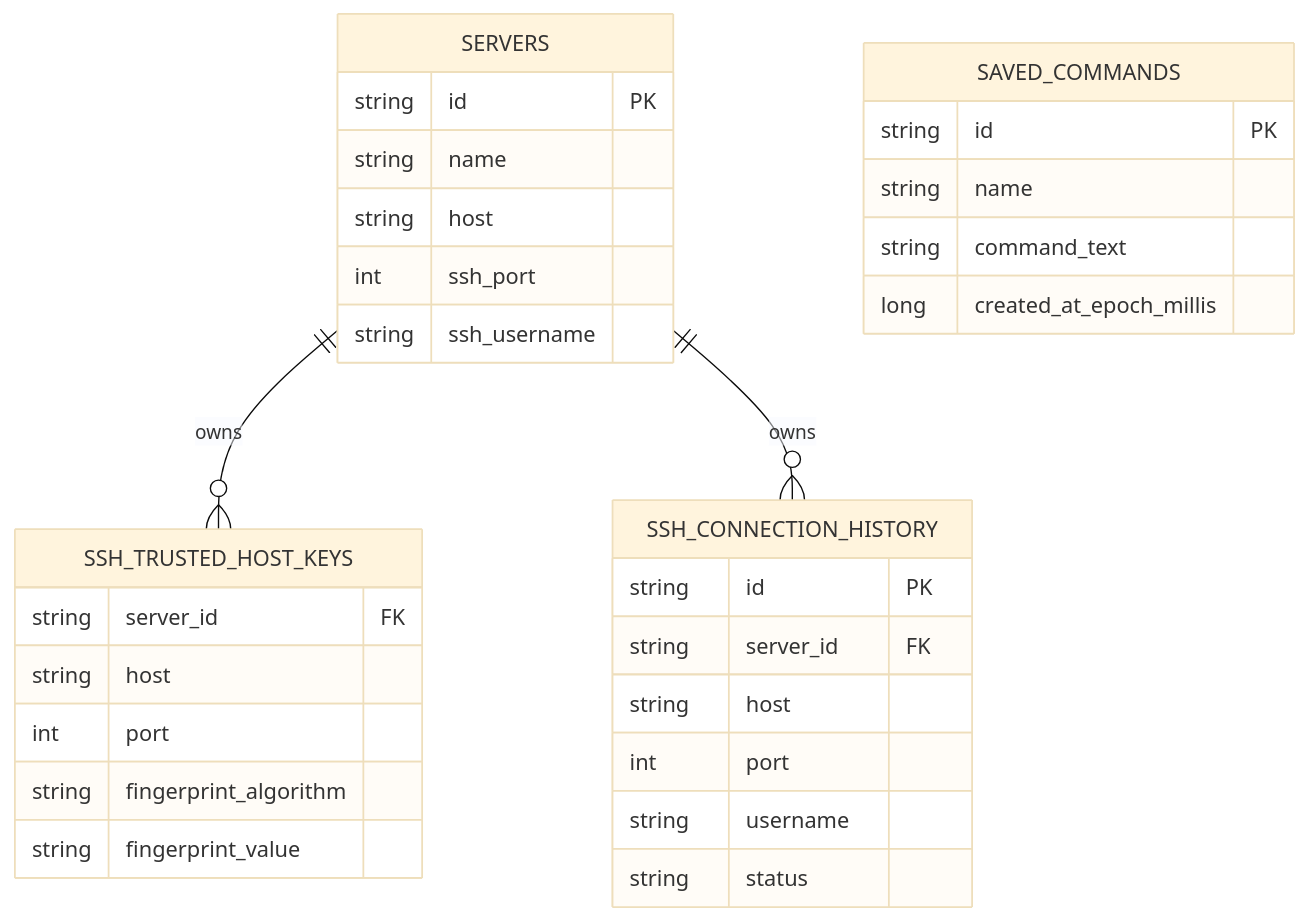
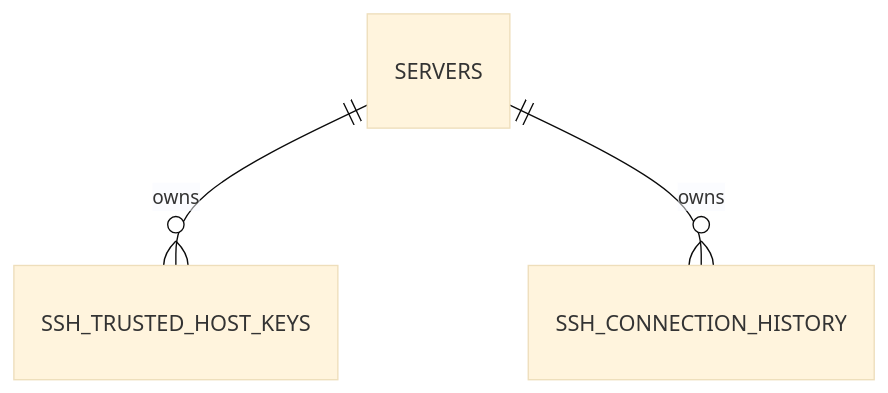
The second of 3 diagrams in docs/ARCHITECTURE_ATLAS.md (hamedtanha/ServerToolkit), drawn with Mermaid (base theme) before and after one commit. The commit also changed other lines of this file and 12 other files, not shown here.

First line of the commit message:
architecture: enforce dependency contract and synchronize documentation (#189)

````diff
--- a/docs/ARCHITECTURE_ATLAS.md
+++ b/docs/ARCHITECTURE_ATLAS.md
@@ -302,37 +227,5 @@
 ```mermaid
 erDiagram
     SERVERS ||--o{ SSH_TRUSTED_HOST_KEYS : owns
     SERVERS ||--o{ SSH_CONNECTION_HISTORY : owns
-
-    SERVERS {
-        string id PK
-        string name
-        string host
-        int ssh_port
-        string ssh_username
-    }
-
-    SSH_TRUSTED_HOST_KEYS {
-        string server_id FK
-        string host
-        int port
-        string fingerprint_algorithm
-        string fingerprint_value
-    }
-
-    SSH_CONNECTION_HISTORY {
-        string id PK
-        string server_id FK
-        string host
-        int port
-        string username
-        string status
-    }
-
-    SAVED_COMMANDS {
-        string id PK
-        string name
-        string command_text
-        long created_at_epoch_millis
-    }
 ```
````
